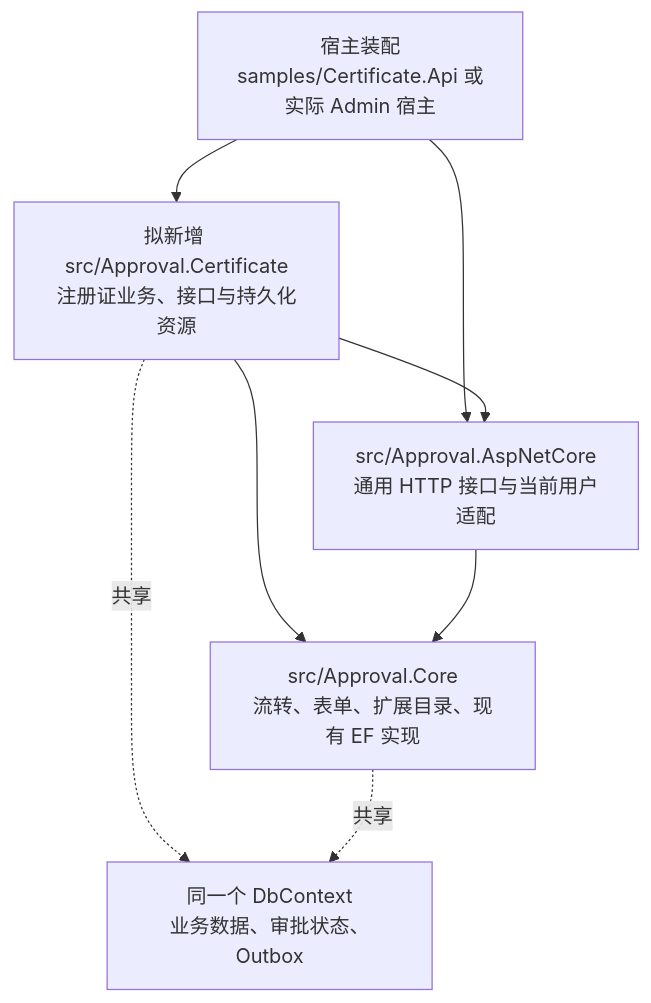
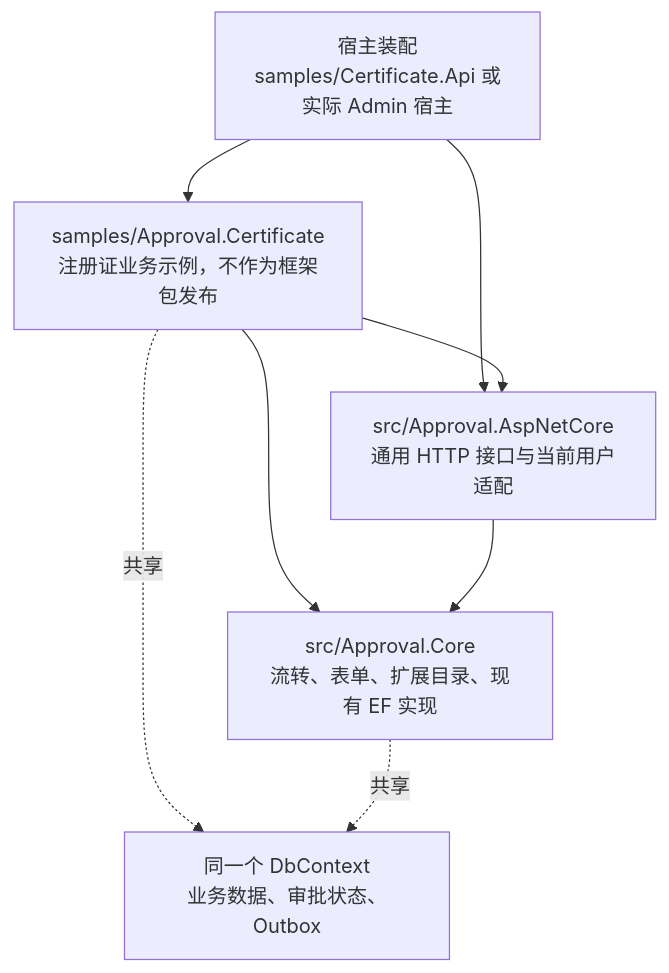
Before and after one commit to ttcc666/WorkflowDemo: the diagram in plans/2026-11-01-engineering-and-extensibility.md, drawn with Mermaid. The commit also changed other lines of this file and 50 other files, not shown here.

First line of the commit message:
将注册证业务整理为 samples/Approval.Certificate 示例类库

````diff
--- a/plans/2026-11-01-engineering-and-extensibility.md
+++ b/plans/2026-11-01-engineering-and-extensibility.md
@@ -40,10 +42,10 @@
 ```mermaid
 flowchart TD
-    H["宿主装配<br/>samples/Certificate.Api 或实际 Admin 宿主"] --> C["拟新增 src/Approval.Certificate<br/>注册证业务、接口与持久化资源"]
+    H["宿主装配<br/>samples/Certificate.Api 或实际 Admin 宿主"] --> C["samples/Approval.Certificate<br/>注册证业务示例，不作为框架包发布"]
     H --> A["src/Approval.AspNetCore<br/>通用 HTTP 接口与当前用户适配"]
     C --> A
     C --> K["src/Approval.Core<br/>流转、表单、扩展目录、现有 EF 实现"]
     A --> K
     C -.共享.-> DB["同一个 DbContext<br/>业务数据、审批状态、Outbox"]
     K -.共享.-> DB
 ```
````
